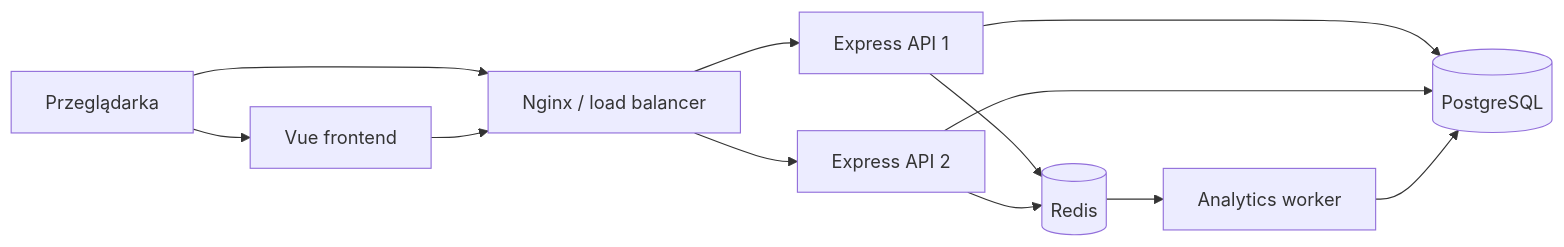
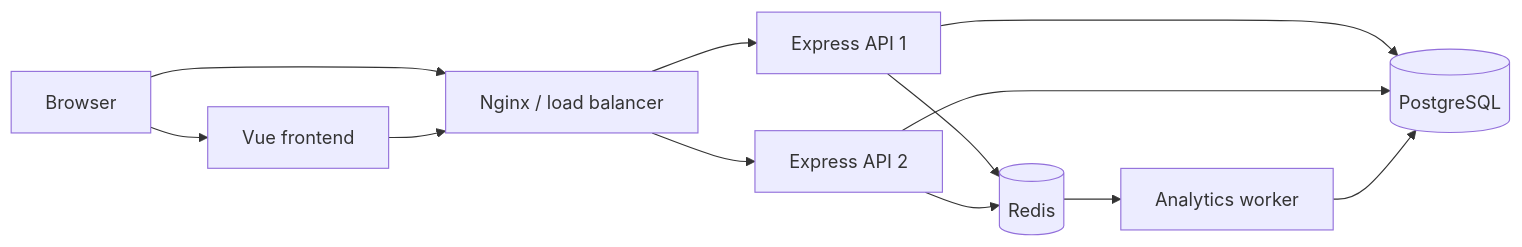
The diagram in README.md (B-Cisek/url-shortener), drawn with Mermaid before and after one commit. The commit also changed other lines of this file, not shown here.

````diff
--- a/README.md
+++ b/README.md
@@ -35,14 +34,14 @@
 ```mermaid
 flowchart LR
-    Browser[Przeglądarka] --> Frontend[Vue frontend]
+    Browser[Browser] --> Frontend[Vue frontend]
     Browser --> Nginx[Nginx / load balancer]
     Frontend --> Nginx
     Nginx --> API1[Express API 1]
     Nginx --> API2[Express API 2]
     API1 --> PostgreSQL[(PostgreSQL)]
     API2 --> PostgreSQL
     API1 --> Redis[(Redis)]
     API2 --> Redis
     Redis --> Worker[Analytics worker]
     Worker --> PostgreSQL
 ```
````
